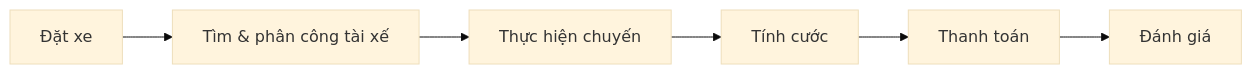
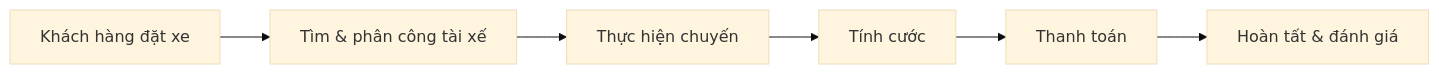
One commit to Vy161105/23682161_NguyenNgocYenVy_cabsystem changed the first of 10 diagrams in srs.md. Above: the diagram before and after it, drawn with Mermaid (base theme). The commit also changed other lines of this file, not shown here.

````diff
--- a/srs.md
+++ b/srs.md
@@ -46,9 +60,9 @@
-```mermaid id="7d1q8c"
+```mermaid
 flowchart LR
-    A["Đặt xe"]
+    A["Khách hàng đặt xe"]
     --> B["Tìm & phân công tài xế"]
     --> C["Thực hiện chuyến"]
     --> D["Tính cước"]
     --> E["Thanh toán"]
-    --> F["Đánh giá"]
+    --> F["Hoàn tất & đánh giá"]
 ```
````
